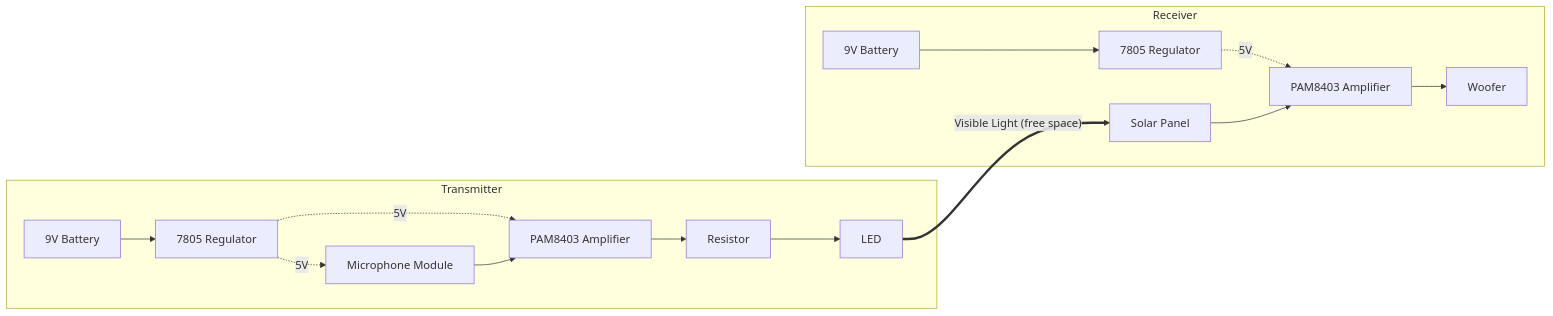
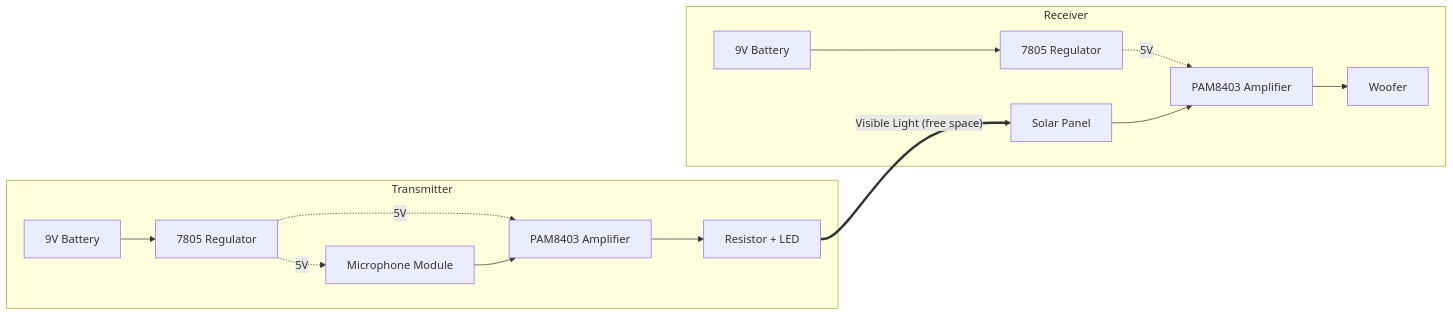
One commit to pjiya304-bot/Li-Fi-audio-transmission changed the diagram in README.md. Above: the diagram before and after it, drawn with Mermaid.

````diff
--- a/README.md
+++ b/README.md
@@ -15,18 +15,18 @@
 ```mermaid
 flowchart LR
 subgraph TX["Transmitter"]
 P1[9V Battery] --> R1[7805 Regulator]
 R1 -. 5V .-> A
 R1 -. 5V .-> B
 A[Microphone Module] --> B[PAM8403 Amplifier]
-B --> C[Resistor] --> D[LED]
+B --> C[Resistor + LED]
 end
 
-D == "Visible Light (free space)" ==> E
+C == "Visible Light (free space)" ==> D
  subgraph RX["Receiver"]
 P2[9V Battery] --> R2[7805 Regulator]
-R2 -. 5V .-> F
-E[Solar Panel] --> F[PAM8403 Amplifier]
-F --> G[Woofer]
+R2 -. 5V .-> E
+D[Solar Panel] --> E[PAM8403 Amplifier]
+E --> F[Woofer]
 end
 ```
````
